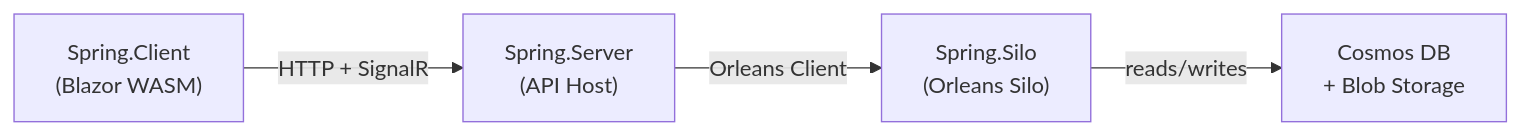
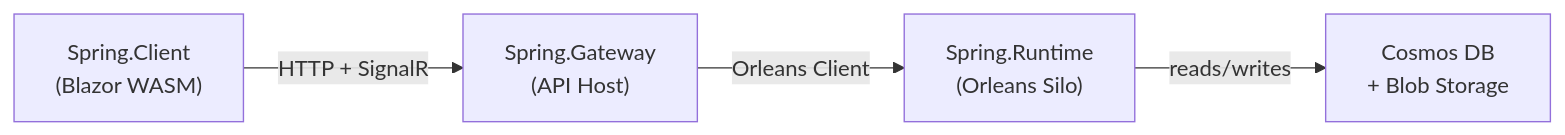
Before and after one commit to Gibbs-Morris/mississippi: the diagram in docs/Docusaurus/docs/spring-sample/host-applications.md, drawn with Mermaid. The commit also changed other lines of this file and 50 other files, not shown here.

Commit message:
Align samples naming to gateway/runtime and fix projection namespace generation

````diff
--- a/docs/Docusaurus/docs/spring-sample/host-applications.md
+++ b/docs/Docusaurus/docs/spring-sample/host-applications.md
@@ -23,6 +23,6 @@
 ```mermaid
 flowchart LR
-    Client["Spring.Client\n(Blazor WASM)"] -->|HTTP + SignalR| Server["Spring.Server\n(API Host)"]
-    Server -->|Orleans Client| Silo["Spring.Silo\n(Orleans Silo)"]
+    Client["Spring.Client\n(Blazor WASM)"] -->|HTTP + SignalR| Server["Spring.Gateway\n(API Host)"]
+    Server -->|Orleans Client| Silo["Spring.Runtime\n(Orleans Silo)"]
     Silo -->|reads/writes| Storage["Cosmos DB\n+ Blob Storage"]
 ```
````
